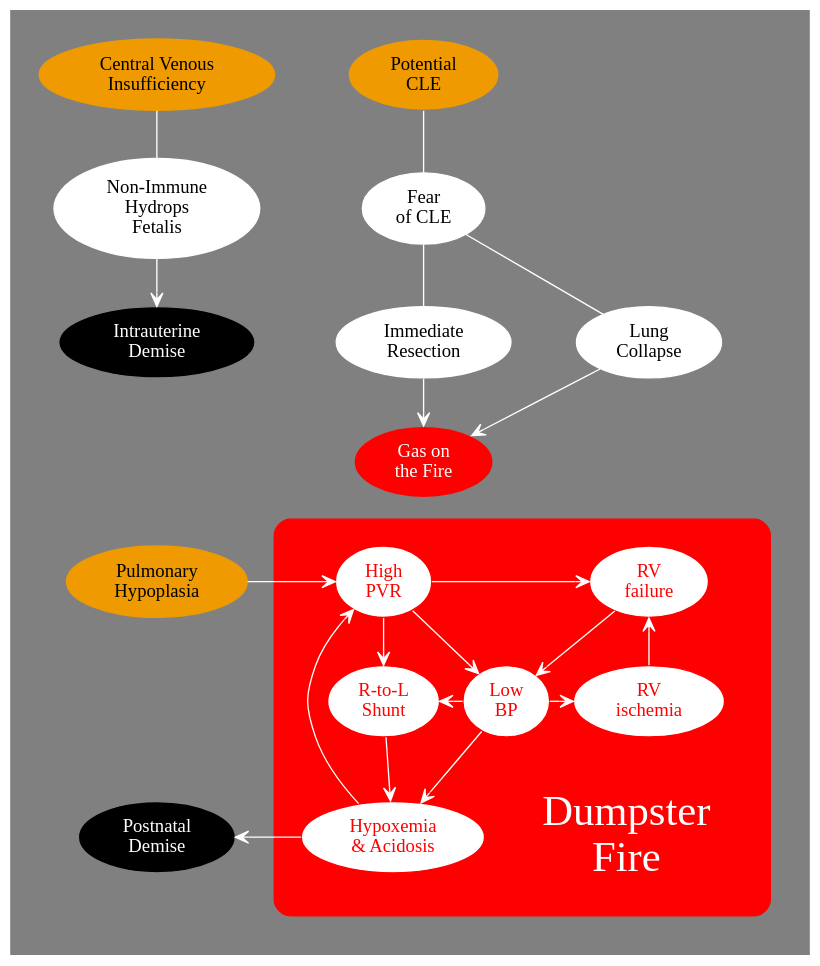
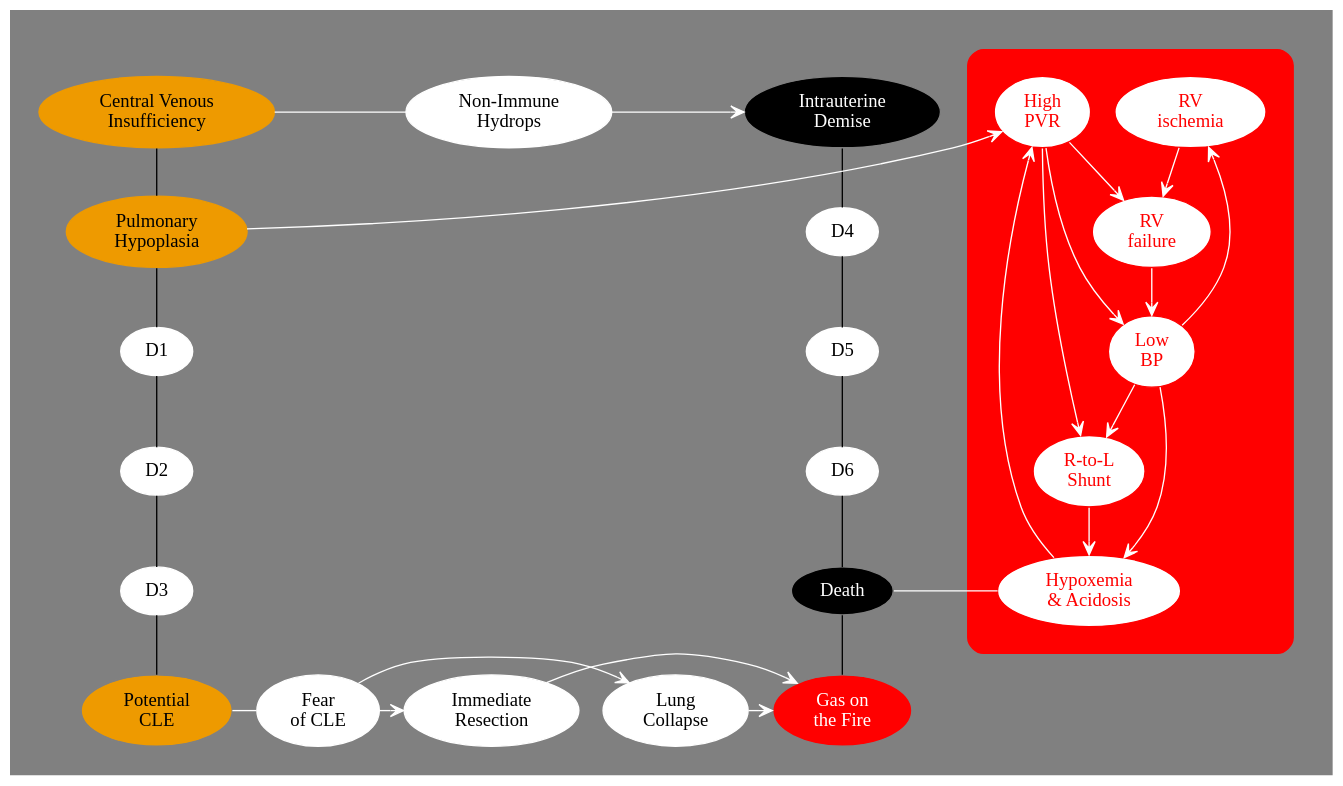
The diagram in dumpster-fire.dot (mdtsandman/CLO), drawn with Graphviz before and after one commit. The commit also changed 2 other files, not shown here.

```diff
--- a/dumpster-fire.dot
+++ b/dumpster-fire.dot
@@ -1,83 +1,80 @@
 digraph Risks {
 
 rankdir=TB;
 newrank=true;
 compound=true;
 bgcolor=grey;
 pad = 0.3;
 
 node [color=white style=filled fillcolor=white];
 edge [arrowhead=none color=white];
 
 MaybeCLE [label="Potential\nCLE" fillcolor=orange2 color=grey];
-NIHF [label="Non-Immune\nHydrops\nFetalis"];
+NIHF [label="Non-Immune\nHydrops"];
 OR [label="Immediate\nResection"];
 Fear [label="Fear\nof CLE"];
 FRC [label="Lung\nCollapse"];
 IUD [label="Intrauterine\nDemise" style=filled fillcolor=black color=grey fontcolor=white];
-Death [label="Postnatal\nDemise" style=filled fillcolor=black color=grey fontcolor=white];
-Catalyst [label="Gas on\nthe Fire" fontcolor=white style=filled fillcolor=red color=grey];
-Dummy1 [style=invis];
-Dummy2 [style=invis];
+Gas [label="Gas on\nthe Fire" fontcolor=white style=filled fillcolor=red color=grey];
+Death [label="Death" style=filled fillcolor=black color=grey fontcolor=white];
+D1;
+D2;
+D3;
+D4;
+D5;
+D6;
 
-CVP [label="Central Venous\nInsufficiency" fillcolor=orange2 color=orange2];
+CVI [label="Central Venous\nInsufficiency" fillcolor=orange2 color=orange2];
 PHP [label="Pulmonary\nHypoplasia" fillcolor=orange2 color=orange2];
 
 subgraph ClusterFuck {
 
 	style=rounded;
 	margin=20;
 	color=red;
 	bgcolor=red;
 
 	node [fillcoloir=white color=red fontcolor=red];
 	edge [arrowhead=vee color=white];
 
-	Label [label="Dumpster\nFire" shape=box fontsize=32 fontcolor=white fillcolor=red color=red];
-
 	RVI [label="RV\nischemia"];
 	RVF [label="RV\nfailure"];
 	PHTN [label="High\nPVR"];
 	Shunt [label="R-to-L\nShunt"];
 	LowBP [label="Low\nBP"];
 	Badness [label="Hypoxemia\n& Acidosis"];
 
 	PHTN -> LowBP -> Badness -> PHTN;
-	PHTN -> Shunt [weight=100];
+	PHTN -> Shunt;
 	Shunt -> Badness;
 	PHTN -> RVF;
 	LowBP -> RVI;
-	RVI -> RVF [weight=150];
-	RVF -> LowBP [weight=100];
+	RVI -> RVF;
+	RVF -> LowBP;
 	LowBP -> Shunt;
 
-	{rank=same PHTN RVF};
-	{rank=same LowBP Shunt};
-	{rank=same RVI Shunt};
-	{rank=same Badness Label};
+	{rank=min PHTN};
+	{rank=max Badness};
 
 }
 
-{rank=same CVP MaybeCLE};
-{rank=same NIHF Fear};
-{rank=same IUD OR FRC};
-{rank=same PHP PHTN};
-{rank=same Dummy2 Shunt};
-{rank=same Death Badness};
+//{rank=same D1 RVF LowBP};
+//{rank=same D2 RVI};
+{rank=same CVI NIHF IUD};
+{rank=same MaybeCLE Fear OR FRC Gas};
+//{rank=same PHP PHTN};
+//{rank=same D3 Badness Death};
 
-
-PHP -> PHTN [arrowhead=vee];
-CVP -> NIHF [weight=100];
-NIHF -> IUD [arrowhead=vee weight=100];
-MaybeCLE -> Fear [weight=100];
-Fear -> {FRC OR};
-{FRC OR} -> Catalyst [arrowhead=vee];
-Catalyst -> PHTN [style=invis arrowhead=vee];
-Badness -> Death [arrowhead=vee];
+PHP -> PHTN [arrowhead=vee weight=1500];
+CVI -> NIHF;
+NIHF -> IUD [arrowhead=vee];
+MaybeCLE -> Fear;
+Fear -> {FRC OR} -> Gas [arrowhead=vee];
+Badness -> Death[constraint=false];
 
 // invis edges to force ordering and alignment ...
 
-CVP -> MaybeCLE [style=invis];
-IUD -> PHP -> Dummy2 -> Death [style=invis weight=100];
-FRC -> RVF [style=invis weight=100];
+CVI -> PHP -> D1 -> D2 -> D3 -> MaybeCLE [color=black weight=5000];
+IUD -> D4 -> D5 -> D6 -> Death ->Gas [color=black weight=5000];
+
 }
```
